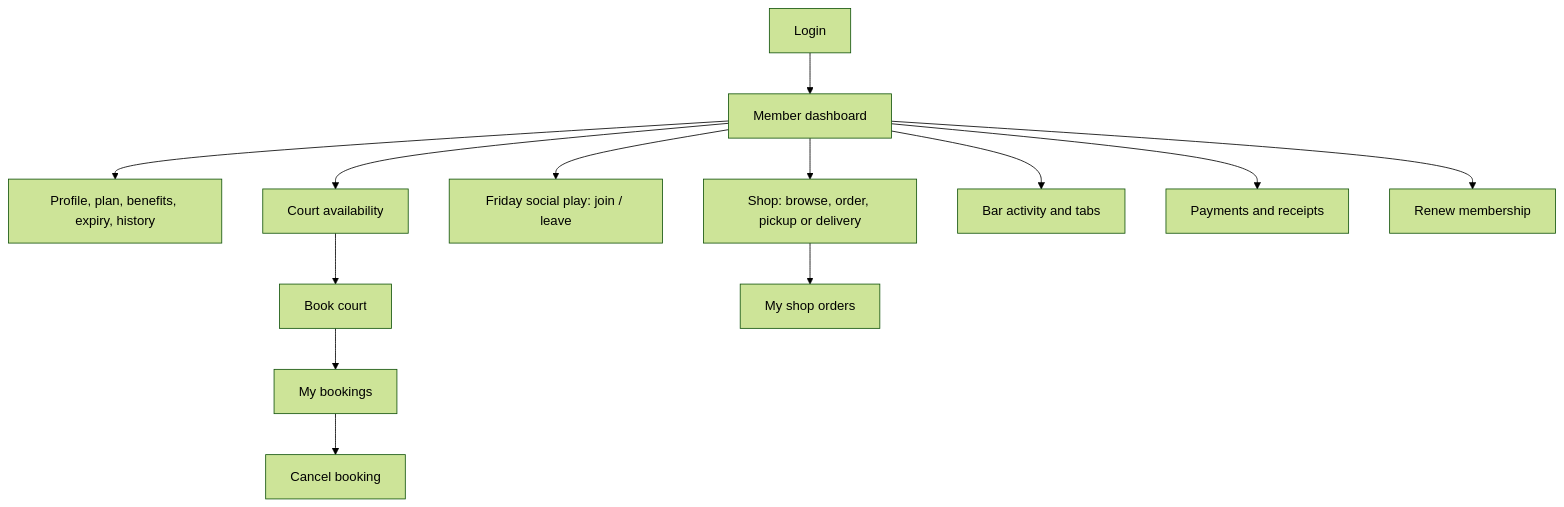
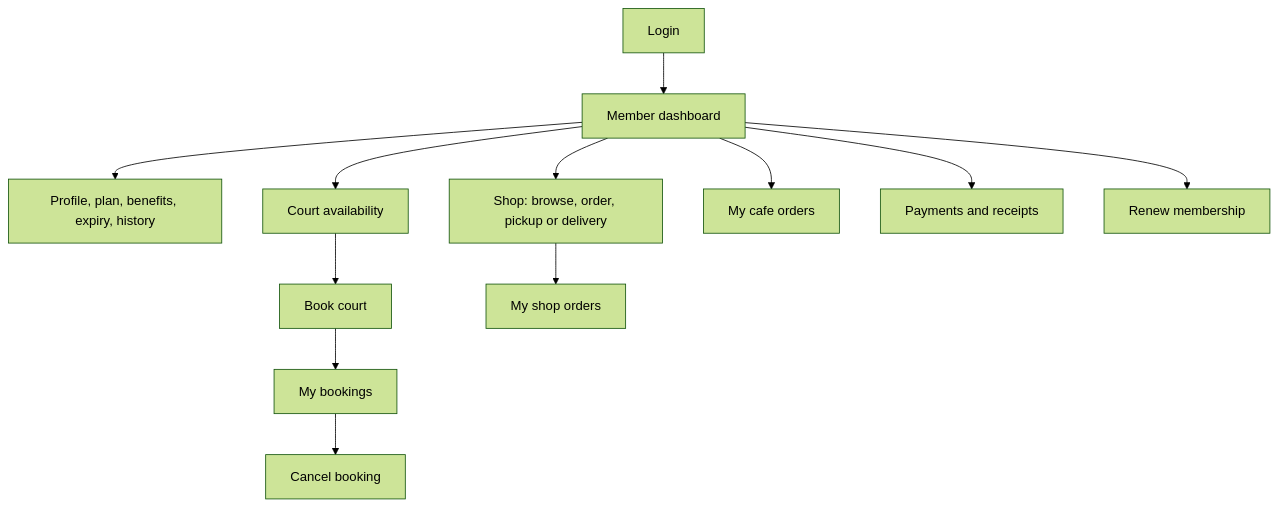
Before and after one commit to OjasPurohit/Meridian-Bay: the third of 18 diagrams in docs/workflows/USER_FLOWS.md, drawn with Mermaid (forest theme). The commit also changed other lines of this file and 276 other files, not shown here.

````diff
--- a/docs/workflows/USER_FLOWS.md
+++ b/docs/workflows/USER_FLOWS.md
@@ -79,11 +75,10 @@
 ```mermaid
 flowchart TB
   L["Login"] --> D["Member dashboard"]
   D --> PR["Profile, plan, benefits, expiry, history"]
   D --> AV["Court availability"] --> BK["Book court"] --> MB["My bookings"] --> CN["Cancel booking"]
-  D --> SP["Friday social play: join / leave"]
   D --> SH["Shop: browse, order, pickup or delivery"] --> SO["My shop orders"]
-  D --> BA["Bar activity and tabs"]
+  D --> BA["My cafe orders"]
   D --> PY["Payments and receipts"]
   D --> RN["Renew membership"]
 ```
````
